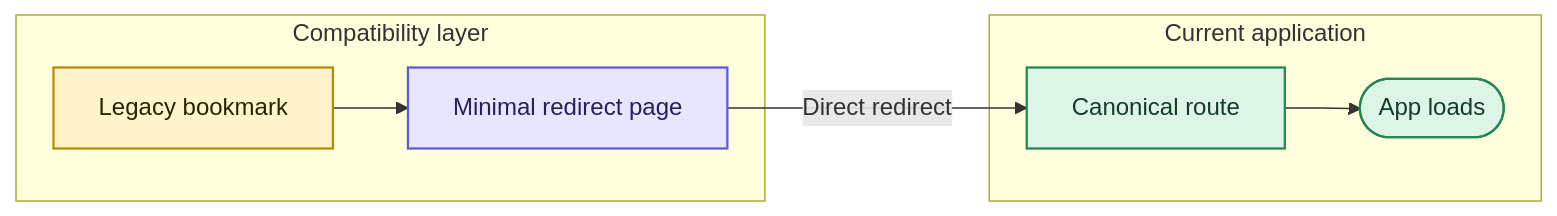
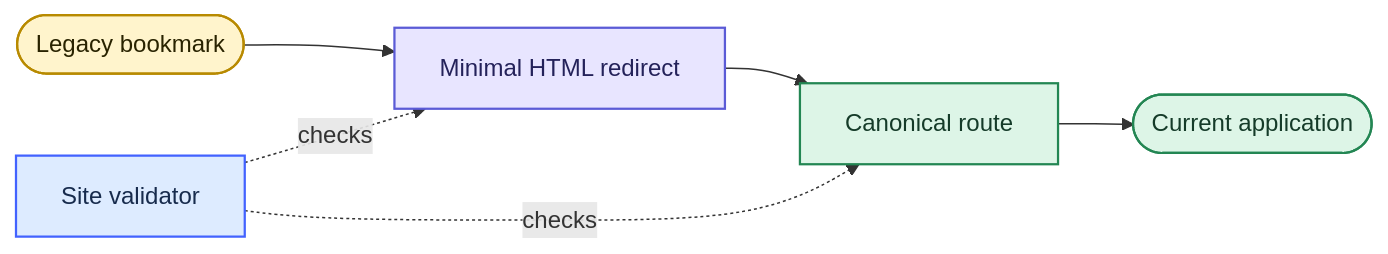
Before and after one commit to thangldw/thangldw.github.io: the first of 2 diagrams in apps/URL-MIGRATION.md, drawn with Mermaid. The commit also changed other lines of this file and 14 other files, not shown here.

````diff
--- a/apps/URL-MIGRATION.md
+++ b/apps/URL-MIGRATION.md
@@ -7,23 +7,18 @@
 ```mermaid
 flowchart LR
-  subgraph Compatibility[Compatibility layer]
-    A[Legacy bookmark]
-    B[Minimal redirect page]
-  end
+  Start(["Legacy bookmark"]) --> Redirect["Minimal HTML redirect"]
+  Redirect --> Target["Canonical route"]
+  Target --> App(["Current application"])
 
-  subgraph Current[Current application]
-    C[Canonical route]
-    D([App loads])
-  end
-
-  A --> B
-  B -->|Direct redirect| C
-  C --> D
+  Audit["Site validator"] -. checks .-> Redirect
+  Audit -. checks .-> Target
 
   classDef legacy fill:#FFF4CC,stroke:#B88A00,color:#292300,stroke-width:1.5px;
   classDef bridge fill:#E8E5FF,stroke:#5B5BD6,color:#24225A,stroke-width:1.5px;
   classDef current fill:#DDF5E7,stroke:#238653,color:#153B29,stroke-width:1.5px;
-  class A legacy;
-  class B bridge;
-  class C,D current;
+  classDef control fill:#DDEBFF,stroke:#4262FF,color:#172B4D,stroke-width:1.5px;
+  class Start legacy;
+  class Redirect bridge;
+  class Target,App current;
+  class Audit control;
 ```
````
